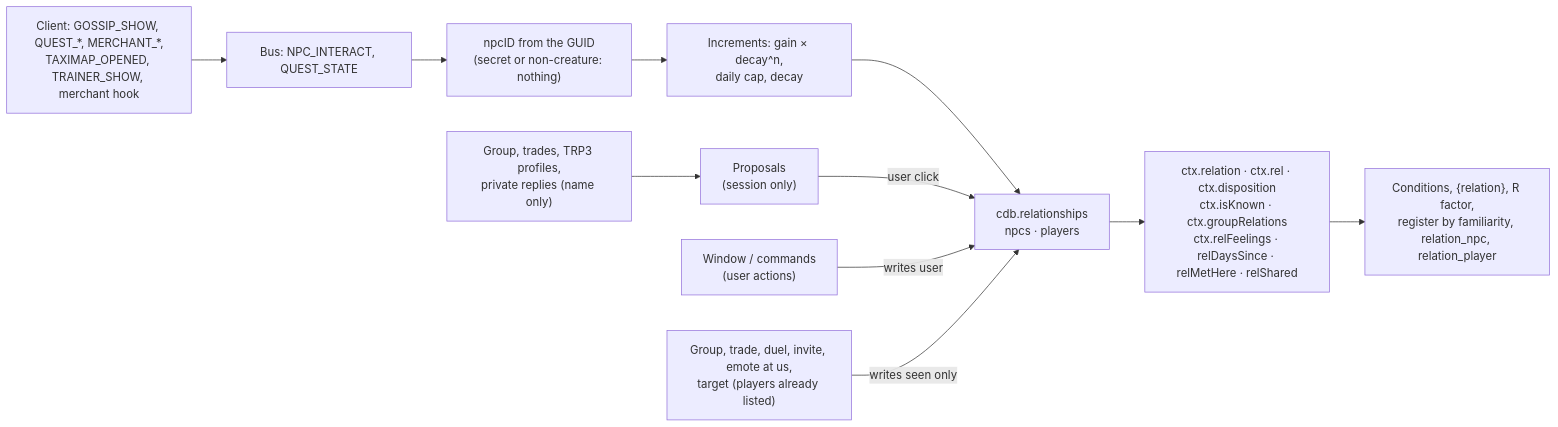
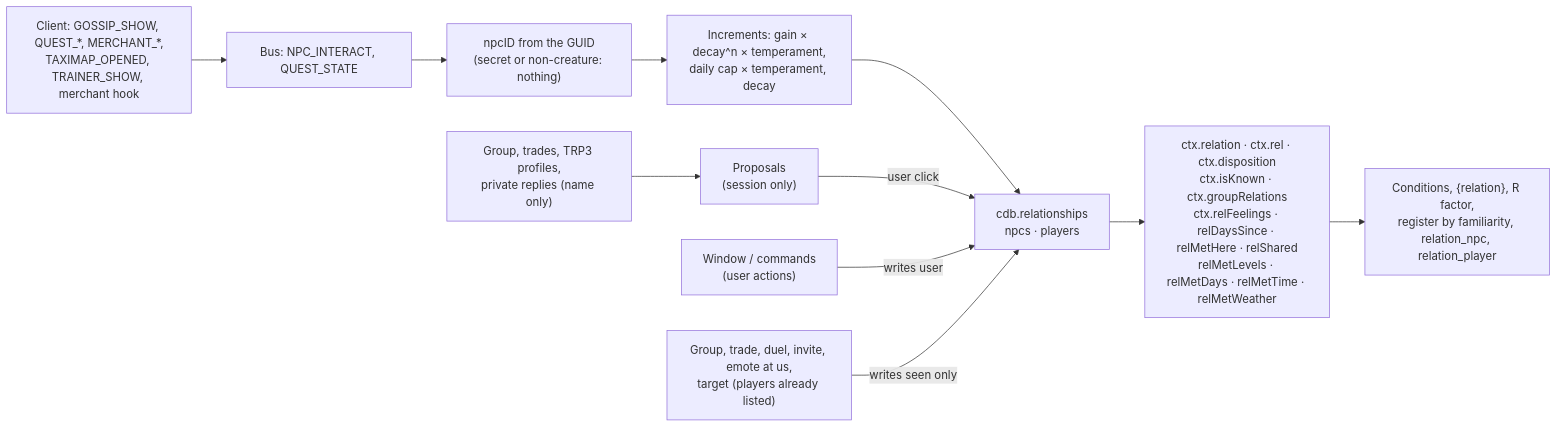
One commit to Finland6738/azeroth-unspoken changed the ninth of 19 diagrams in docs/ARCHITECTURE.md. Above: the diagram before and after it, drawn with Mermaid. The commit also changed other lines of this file and 32 other files, not shown here.

First line of the commit message:
N2: visible levels, the first meeting and the NPC temperament (#214) (#225)

````diff
--- a/docs/ARCHITECTURE.md
+++ b/docs/ARCHITECTURE.md
@@ -425,13 +425,13 @@
 ```mermaid
 flowchart LR
     W["Client: GOSSIP_SHOW, QUEST_*, MERCHANT_*,<br/>TAXIMAP_OPENED, TRAINER_SHOW, merchant hook"] --> B["Bus: NPC_INTERACT, QUEST_STATE"]
     B --> N["npcID from the GUID<br/>(secret or non-creature: nothing)"]
-    N --> I["Increments: gain × decay^n,<br/>daily cap, decay"]
+    N --> I["Increments: gain × decay^n × temperament,<br/>daily cap × temperament, decay"]
     I --> D["cdb.relationships<br/>npcs · players"]
     G["Group, trades, TRP3 profiles,<br/>private replies (name only)"] --> C["Proposals<br/>(session only)"]
     C -- "user click" --> D
     U["Window / commands<br/>(user actions)"] -- "writes user" --> D
     E["Group, trade, duel, invite, emote at us,<br/>target (players already listed)"] -- "writes seen only" --> D
-    D --> X["ctx.relation · ctx.rel · ctx.disposition<br/>ctx.isKnown · ctx.groupRelations<br/>ctx.relFeelings · relDaysSince · relMetHere · relShared"]
+    D --> X["ctx.relation · ctx.rel · ctx.disposition<br/>ctx.isKnown · ctx.groupRelations<br/>ctx.relFeelings · relDaysSince · relMetHere · relShared<br/>relMetLevels · relMetDays · relMetTime · relMetWeather"]
     X --> R["Conditions, {relation}, R factor,<br/>register by familiarity, relation_npc, relation_player"]
 ```
````
